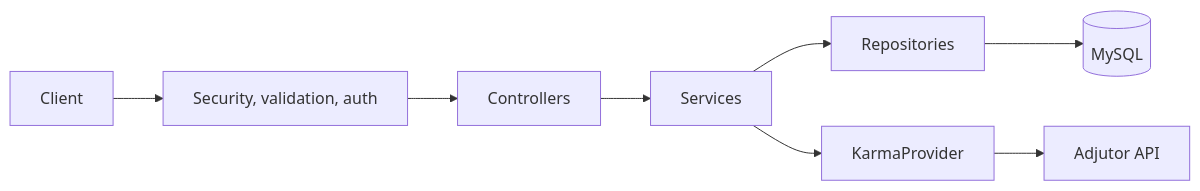
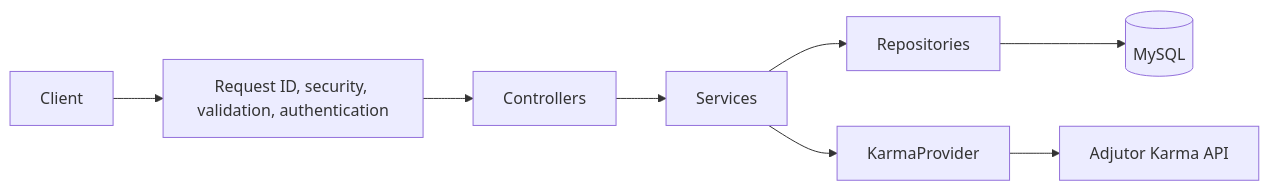
One commit to ukcharlies/ukachi-charles-lendsqr-be-test changed the first of 3 diagrams in README.md. Above: the diagram before and after it, drawn with Mermaid. The commit also changed other lines of this file and 7 other files, not shown here.

````diff
--- a/README.md
+++ b/README.md
@@ -19,10 +58,10 @@
 ```mermaid
 flowchart LR
-  Client --> Middleware[Security, validation, auth]
-  Middleware --> Controllers
+  Client --> Security[Request ID, security, validation, authentication]
+  Security --> Controllers
   Controllers --> Services
   Services --> Repositories
   Repositories --> MySQL[(MySQL)]
-  Services --> Karma[KarmaProvider]
-  Karma --> Adjutor[Adjutor API]
+  Services --> KarmaProvider
+  KarmaProvider --> Adjutor[Adjutor Karma API]
 ```
````
